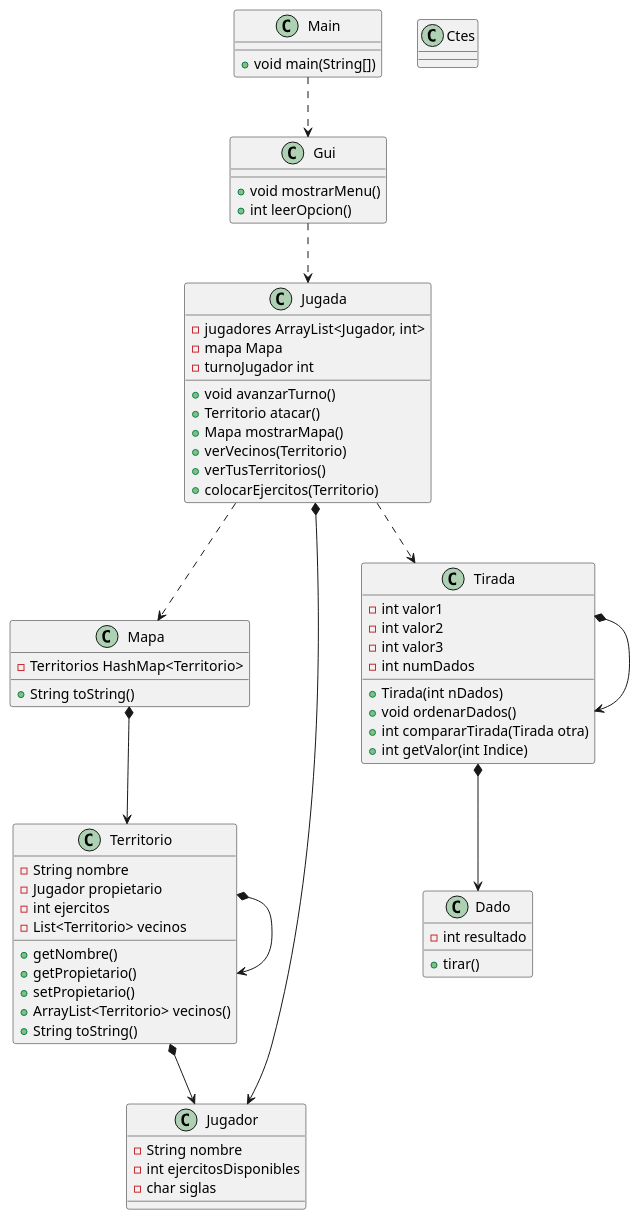
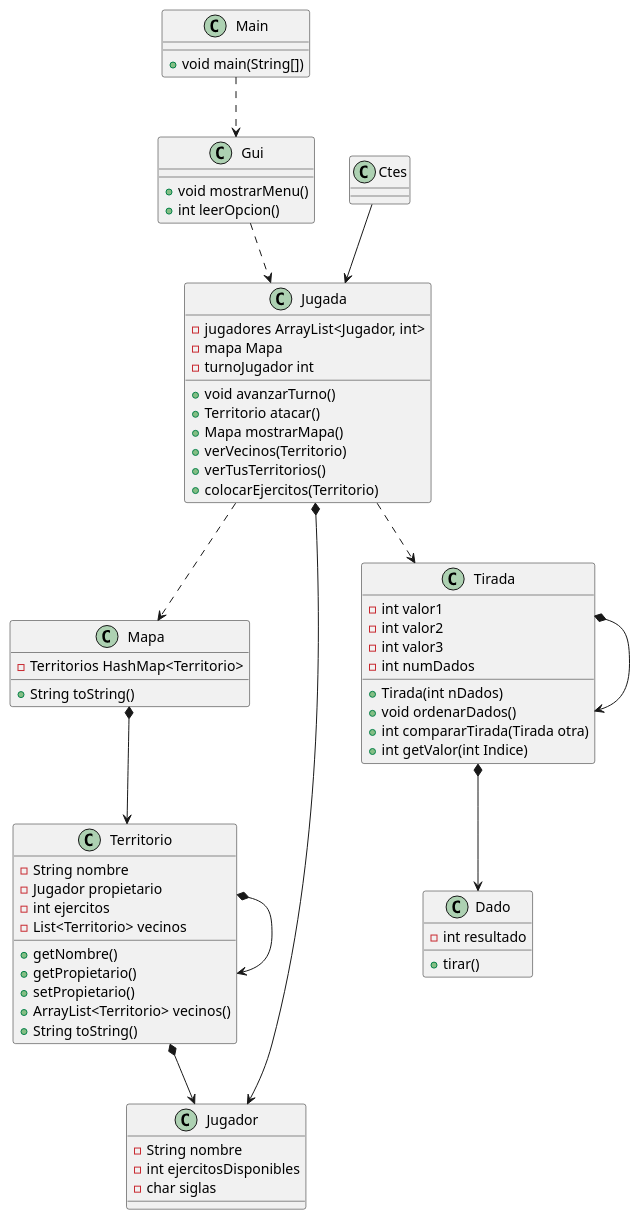
One commit to hrodriguezp/Imperialist changed the diagram in doc/UML/diag_clases.puml. Above: the diagram before and after it, drawn with PlantUML. The commit also changed 2 other files, not shown here.

```diff
--- a/doc/UML/diag_clases.puml
+++ b/doc/UML/diag_clases.puml
@@ -1,87 +1,90 @@
 @startuml
 
 class Main{
 + void main(String[])
 }
 
 class Ctes{
 }
 
 class Mapa{
  -Territorios HashMap<Territorio>
  +String toString()
 }
 
 class Territorio{
  - String nombre
  - Jugador propietario
  - int ejercitos
  - List<Territorio> vecinos
  + getNombre()
  + getPropietario()
  + setPropietario()
  + ArrayList<Territorio> vecinos()
  + String toString()
 }
 
 class Jugador{
     - String nombre
     - int ejercitosDisponibles
     - char siglas
 }
 
 class Jugada{
     -jugadores ArrayList<Jugador, int>
     -mapa Mapa
     -turnoJugador int
     +void avanzarTurno()
     +Territorio atacar()
     +Mapa mostrarMapa()
     +verVecinos(Territorio)
     +verTusTerritorios()
     +colocarEjercitos(Territorio)
 }
 
 class Gui{
     +void mostrarMenu()
     +int leerOpcion()
 }
 
 class Tirada{
     -int valor1
     -int valor2
     -int valor3
     -int numDados
     +Tirada(int nDados)
     +void ordenarDados()
     +int compararTirada(Tirada otra)
     +int getValor(int Indice)
 }
 
 class Dado{
     -int resultado
     +tirar()
 }
 
 Main ..> Gui
 
 Mapa *--> Territorio
 
 Gui ..> Jugada
 
 Jugada *--> Jugador
 
 Territorio *--> Territorio
 
 Tirada *--> Tirada
 
 Territorio *--> Jugador
 
 Jugada ..> Tirada
 
 Tirada *--> Dado
 
 Jugada ..> Mapa
 
 
+Ctes --> Jugada
+
+
 @enduml
```
